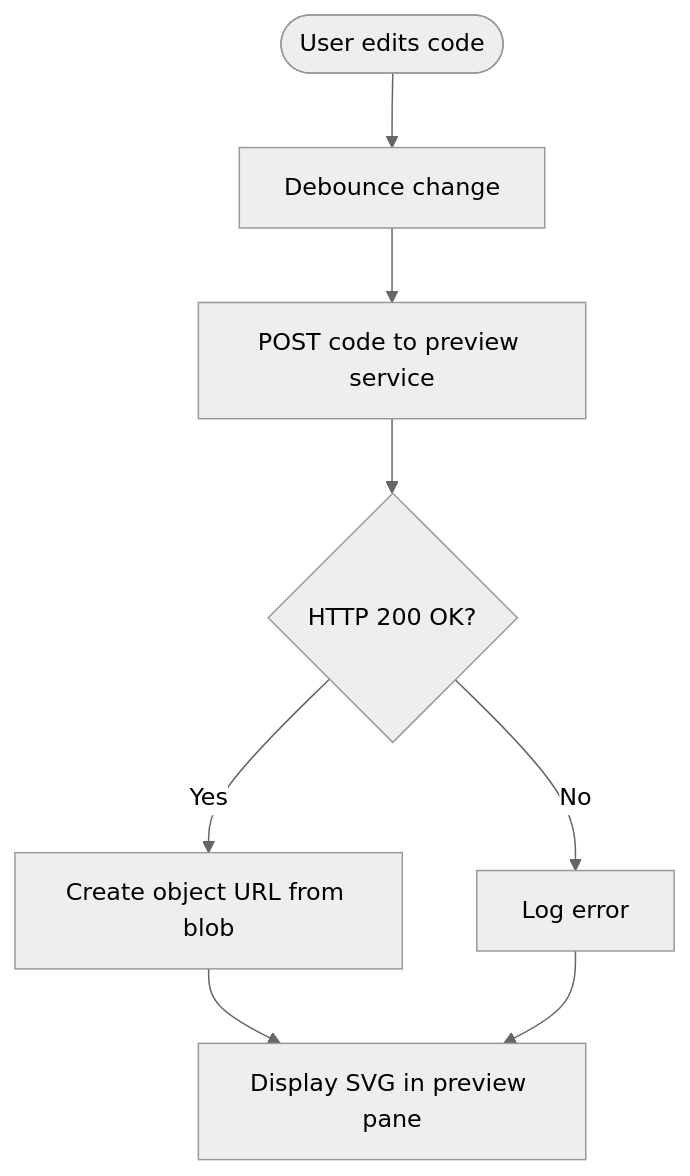
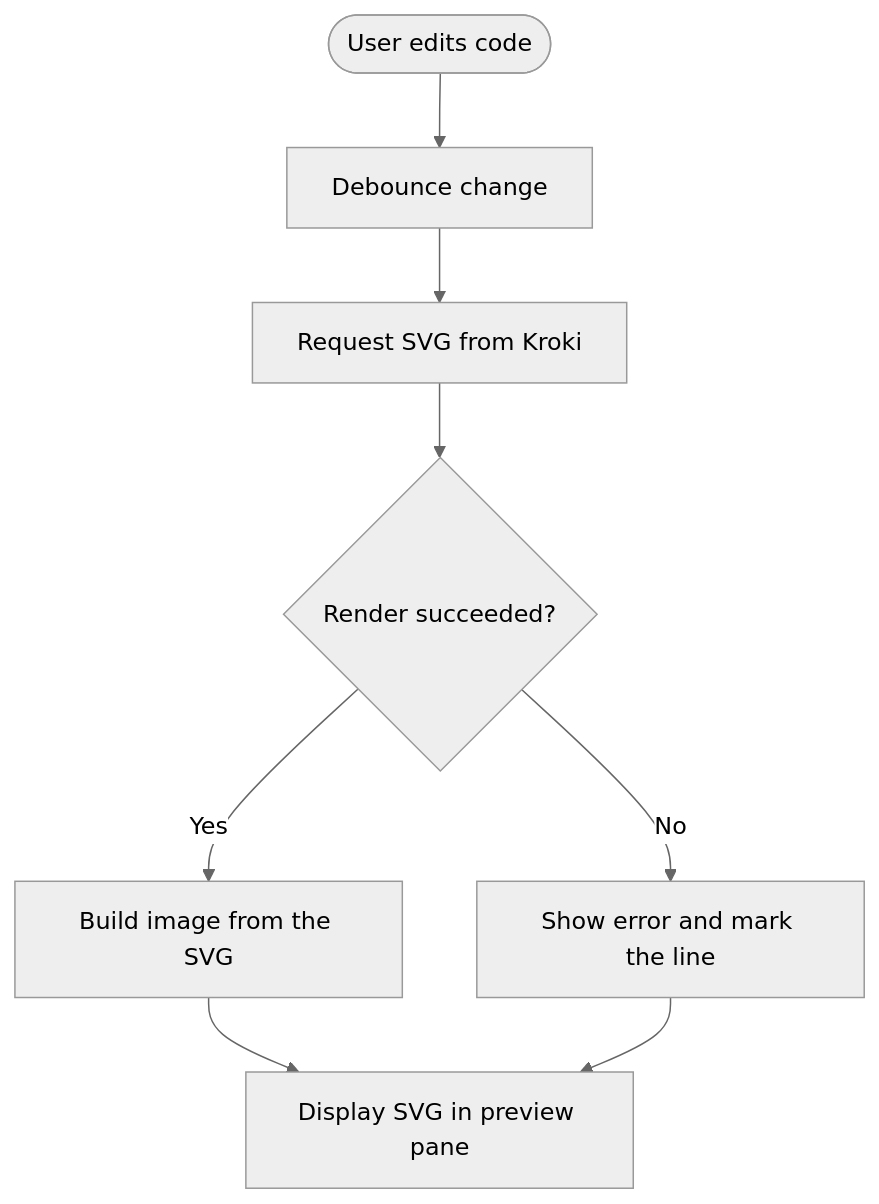
One commit to ongchonghian/universal-diagram-editor changed the third of 4 diagrams in .qoder/repowiki/en/content/Diagram Types and Formats/Mermaid Diagrams/State Diagrams.md. Above: the diagram before and after it, drawn with Mermaid (neutral theme). The commit also changed other lines of this file and 31 other files, not shown here.

````diff
--- a/.qoder/repowiki/en/content/Diagram Types and Formats/Mermaid Diagrams/State Diagrams.md
+++ b/.qoder/repowiki/en/content/Diagram Types and Formats/Mermaid Diagrams/State Diagrams.md
@@ -130,10 +125,10 @@
 ```mermaid
 flowchart TD
 Start(["User edits code"]) --> Debounce["Debounce change"]
-Debounce --> Post["POST code to preview service"]
-Post --> Response{"HTTP 200 OK?"}
-Response --> |Yes| CreateURL["Create object URL from blob"]
-Response --> |No| Error["Log error"]
+Debounce --> Post["Request SVG from Kroki"]
+Post --> Response{"Render succeeded?"}
+Response --> |Yes| CreateURL["Build image from the SVG"]
+Response --> |No| Error["Show error and mark the line"]
 CreateURL --> Display["Display SVG in preview pane"]
 Error --> Display
 ```
````
